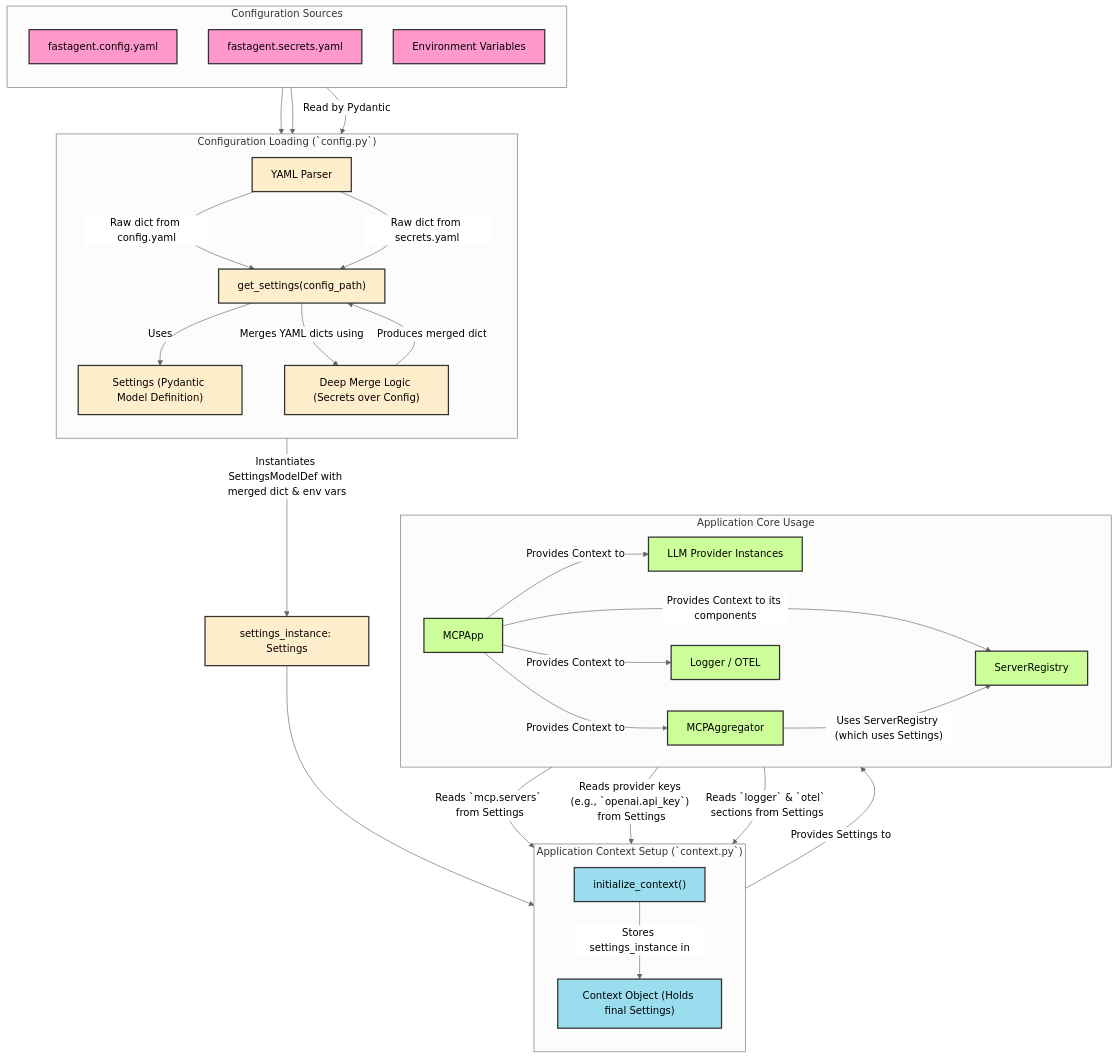
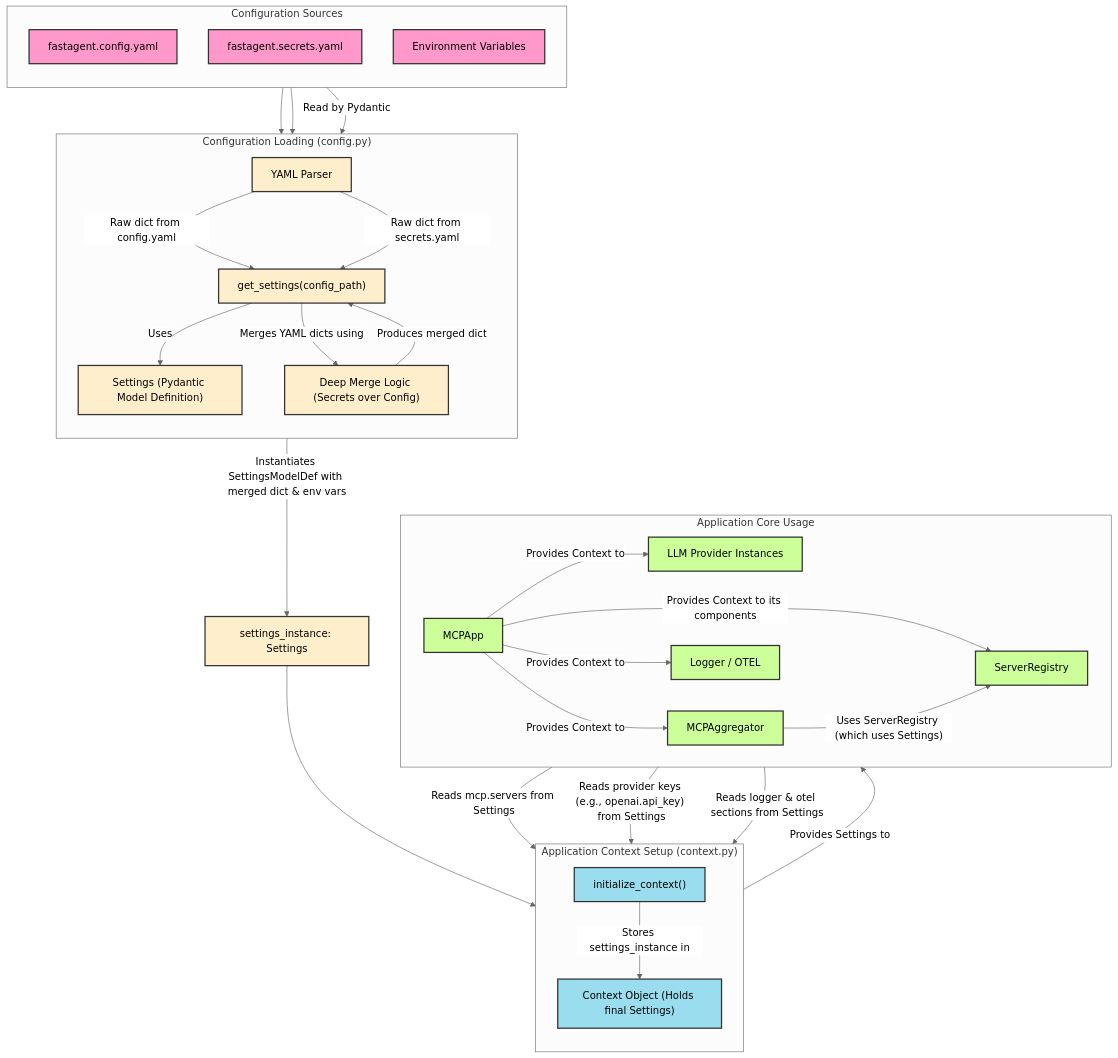
Diagram 11 of 11 in mcp/mcp-client/FAST-AGENT-SOFTWARE-DESIGN.md (nshkrdotcom/agent_experiments), drawn with Mermaid (neutral theme) before and after one commit.

Commit message:
initial internal analysis vs fast-agent

````diff
--- a/mcp/mcp-client/FAST-AGENT-SOFTWARE-DESIGN.md
+++ b/mcp/mcp-client/FAST-AGENT-SOFTWARE-DESIGN.md
@@ -709,68 +709,68 @@
 ```mermaid
 graph TD
     subgraph ConfigSources ["Configuration Sources"]
         direction TB
         File_Config["fastagent.config.yaml"]
         File_Secrets["fastagent.secrets.yaml"]
         Env_Vars["Environment Variables"]
     end
 
-    subgraph ConfigLoading ["Configuration Loading (`config.py`)"]
+    subgraph ConfigLoading ["Configuration&nbsp;Loading&nbsp;(config.py)"]
         direction TB
         GetSettings["get_settings(config_path)"]
         SettingsModelDef["Settings (Pydantic Model Definition)"]
         YAMLParser["YAML Parser"]
         DeepMerge["Deep Merge Logic (Secrets over Config)"]
     end
 
-    subgraph AppContextSetup ["Application Context Setup (`context.py`)"]
+    subgraph AppContextSetup ["Application&nbsp;Context&nbsp;Setup&nbsp;(context.py)"]
         direction TB
         InitializeContext["initialize_context()"]
         ContextInstance["Context Object (Holds final Settings)"]
     end
 
     subgraph AppCoreUsage ["Application Core Usage"]
         direction LR
         Core_MCPApp["MCPApp"]
         Core_ServerRegistry["ServerRegistry"]
         Core_LLMProviders["LLM Provider Instances"]
         Core_MCPAggregator["MCPAggregator"]
         Core_Logger["Logger / OTEL"]
     end
 
     File_Config --> YAMLParser
     File_Secrets --> YAMLParser
     
     YAMLParser -- "Raw dict from config.yaml" --> GetSettings
     YAMLParser -- "Raw dict from secrets.yaml" --> GetSettings
     Env_Vars -- "Read by Pydantic" --> SettingsModelDef
 
     GetSettings -- "Uses" --> SettingsModelDef
     GetSettings -- "Merges YAML dicts using" --> DeepMerge
     DeepMerge -- "Produces merged dict" --> GetSettings
     GetSettings -- "Instantiates SettingsModelDef with merged dict & env vars" --> SettingsModelInstance["settings_instance: Settings"]
     
     SettingsModelInstance --> InitializeContext
     InitializeContext -- "Stores settings_instance in" --> ContextInstance
     
     ContextInstance -- "Provides Settings to" --> Core_MCPApp
     Core_MCPApp -- "Provides Context to its components" --> Core_ServerRegistry
     Core_MCPApp -- "Provides Context to" --> Core_LLMProviders
     Core_MCPApp -- "Provides Context to" --> Core_MCPAggregator
     Core_MCPApp -- "Provides Context to" --> Core_Logger
     
-    Core_ServerRegistry -- "Reads `mcp.servers` from Settings" --> ContextInstance
-    Core_LLMProviders -- "Reads provider keys (e.g., `openai.api_key`) from Settings" --> ContextInstance
+    Core_ServerRegistry -- "Reads mcp.servers from Settings" --> ContextInstance
+    Core_LLMProviders -- "Reads provider keys (e.g., openai.api_key) from Settings" --> ContextInstance
     Core_MCPAggregator -- "Uses ServerRegistry (which uses Settings)" --> Core_ServerRegistry
-    Core_Logger -- "Reads `logger` & `otel` sections from Settings" --> ContextInstance
+    Core_Logger -- "Reads logger & otel sections from Settings" --> ContextInstance
 
     classDef source fill:#f9c,stroke:#333,stroke-width:2px,color:#000;
     classDef loading fill:#fec,stroke:#333,stroke-width:2px,color:#000;
     classDef contextSetup fill:#9de,stroke:#333,stroke-width:2px,color:#000;
     classDef usage fill:#cf9,stroke:#333,stroke-width:2px,color:#000;
 
     class File_Config,File_Secrets,Env_Vars source;
     class GetSettings,SettingsModelDef,YAMLParser,DeepMerge,SettingsModelInstance loading;
     class InitializeContext,ContextInstance contextSetup;
     class Core_MCPApp,Core_ServerRegistry,Core_LLMProviders,Core_MCPAggregator,Core_Logger usage;
 ```
````
